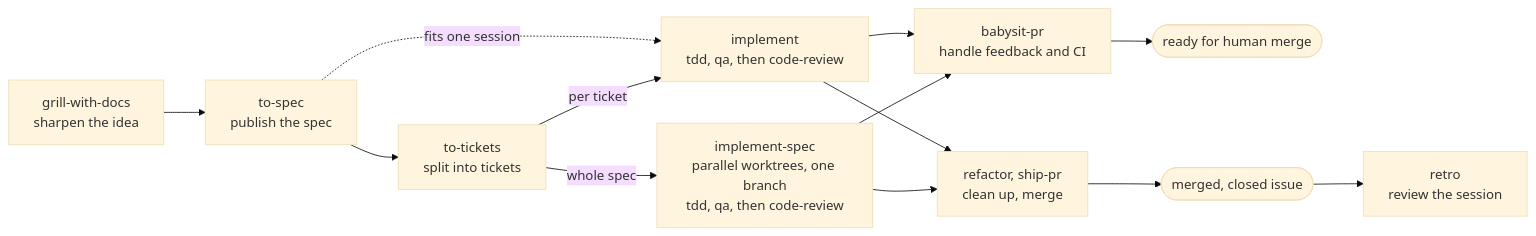
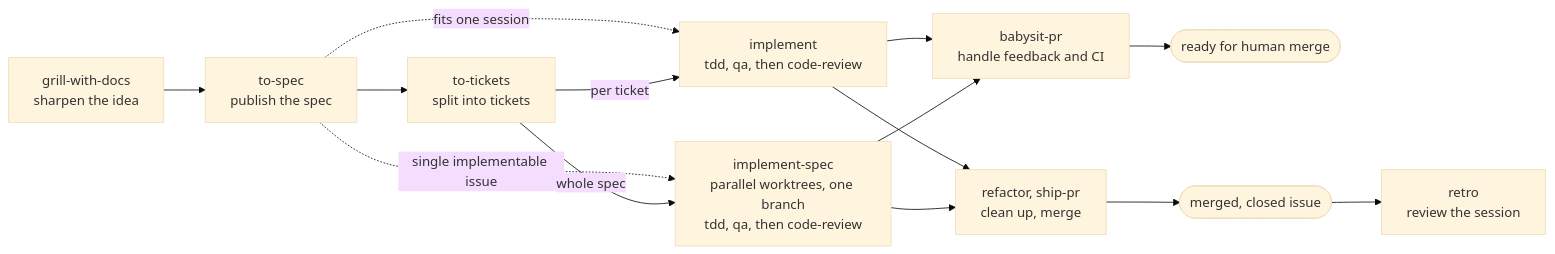
The diagram in README.md (svyatov/supermatt), drawn with Mermaid (base theme) before and after one commit. The commit also changed other lines of this file and 5 other files, not shown here.

First line of the commit message:
fix(implement-spec): run single-session issues without child tickets (#119)

````diff
--- a/README.md
+++ b/README.md
@@ -107,15 +107,16 @@
 ```mermaid
 flowchart LR
   grill["grill-with-docs<br>sharpen the idea"] --> spec["to-spec<br>publish the spec"]
   spec --> tickets["to-tickets<br>split into tickets"]
   spec -. fits one session .-> implement
+  spec -. single implementable issue .-> implementSpec
   tickets -->|per ticket| implement["implement<br>tdd, qa, then code-review"]
   tickets -->|whole spec| implementSpec["implement-spec<br>parallel worktrees, one branch<br>tdd, qa, then code-review"]
   implement --> ship["refactor, ship-pr<br>clean up, merge"]
   implementSpec --> ship
   implement --> babysit["babysit-pr<br>handle feedback and CI"]
   implementSpec --> babysit
   babysit --> ready(["ready for human merge"])
   ship --> done(["merged, closed issue"])
   done --> retro["retro<br>review the session"]
 ```
````
